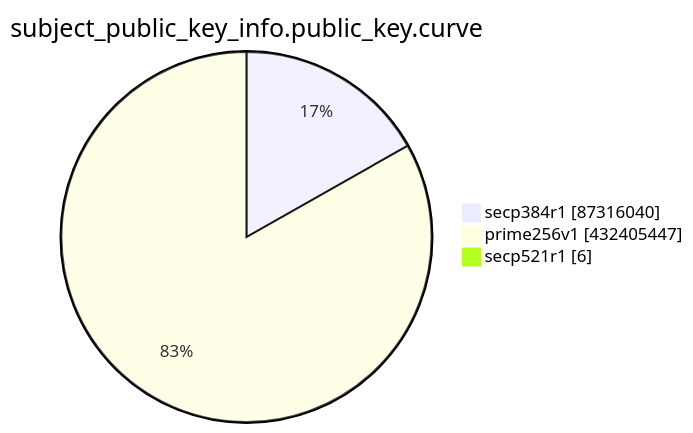
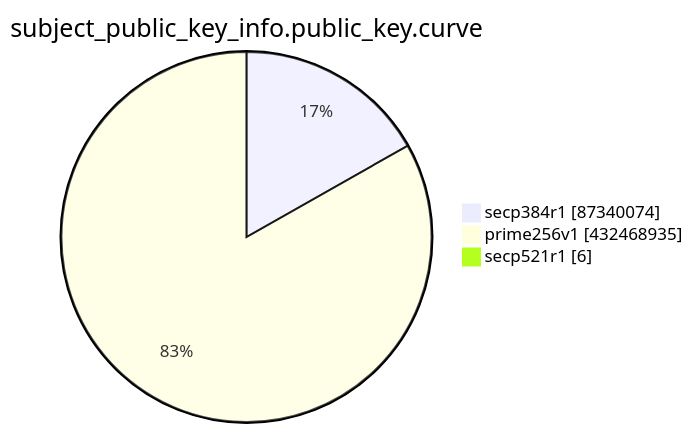
One commit to christiankrug/ctmonitor_visualization changed the eighth of 15 diagrams in TOTAL/README.md. Above: the diagram before and after it, drawn with Mermaid. The commit also changed other lines of this file, not shown here.

````diff
--- a/TOTAL/README.md
+++ b/TOTAL/README.md
@@ -3100,7 +3100,7 @@
 ```mermaid
 pie showData
 title subject_public_key_info.public_key.curve
-"secp384r1" :87316040
-"prime256v1" :432405447
+"secp384r1" :87340074
+"prime256v1" :432468935
 "secp521r1" :6
 ```
````
